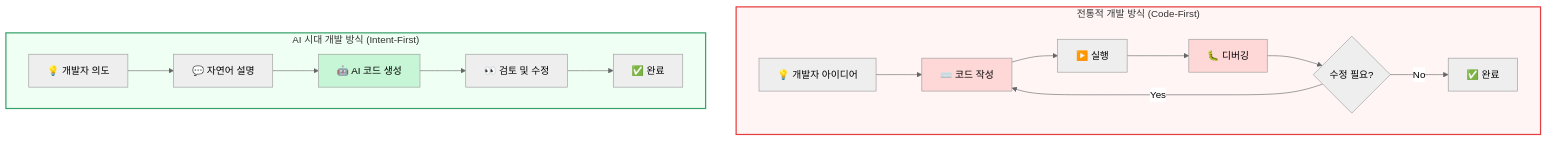
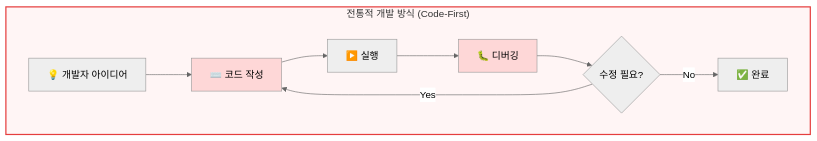
Before and after one commit to Finfra/m2slide: the second of 3 diagrams in Projects/LlmAndVibeCoding/markdown/01-opening.md, drawn with Mermaid (neutral theme). The commit also changed other lines of this file and 36 other files, not shown here.

````diff
--- a/Projects/LlmAndVibeCoding/markdown/01-opening.md
+++ b/Projects/LlmAndVibeCoding/markdown/01-opening.md
@@ -74,24 +86,15 @@
 ```mermaid
 graph TB
     subgraph traditional["전통적 개발 방식 (Code-First)"]
         T1[💡 개발자 아이디어] --> T2[⌨️ 코드 작성]
         T2 --> T3[▶️ 실행]
         T3 --> T4[🐛 디버깅]
         T4 --> T5{수정 필요?}
         T5 -->|Yes| T2
         T5 -->|No| T6[✅ 완료]
     end
 
-    subgraph ai["AI 시대 개발 방식 (Intent-First)"]
-        A1[💡 개발자 의도] --> A2[💬 자연어 설명]
-        A2 --> A3[🤖 AI 코드 생성]
-        A3 --> A4[👀 검토 및 수정]
-        A4 --> A5[✅ 완료]
-    end
-
     style traditional fill:#fff5f5,stroke:#e53e3e,stroke-width:2px
-    style ai fill:#f0fff4,stroke:#38a169,stroke-width:2px
     style T2 fill:#fed7d7
     style T4 fill:#fed7d7
-    style A3 fill:#c6f6d5
 ```
````
